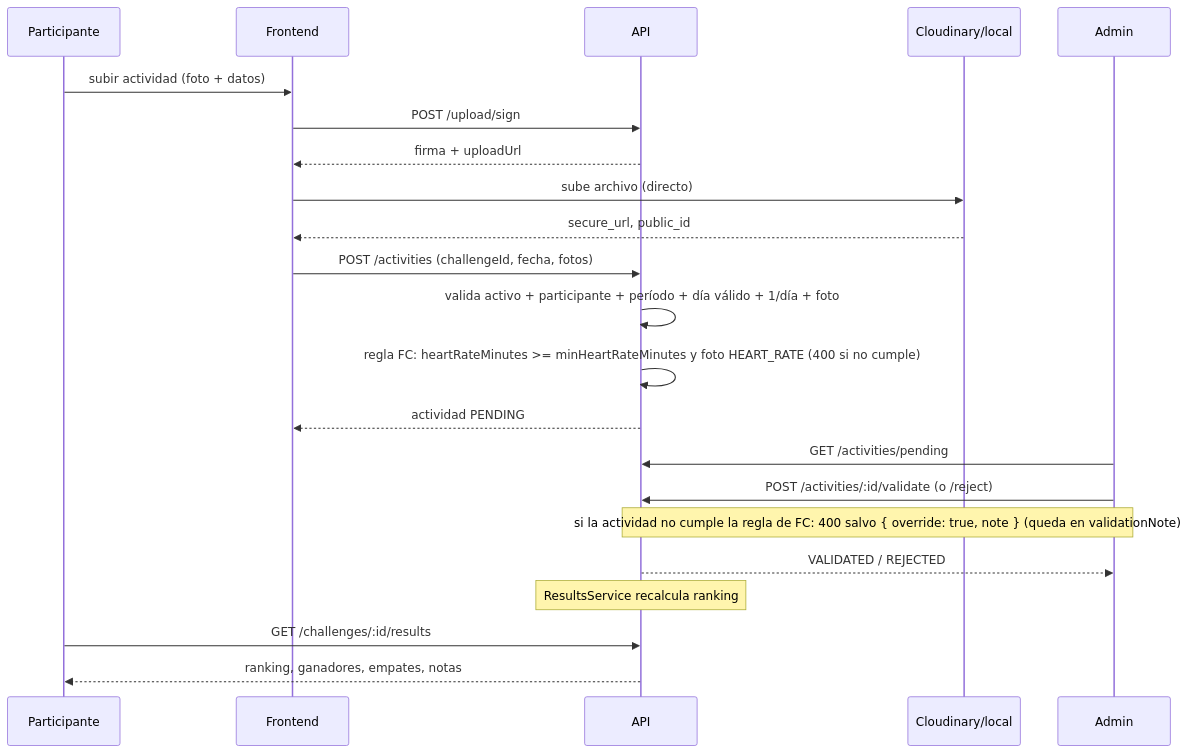
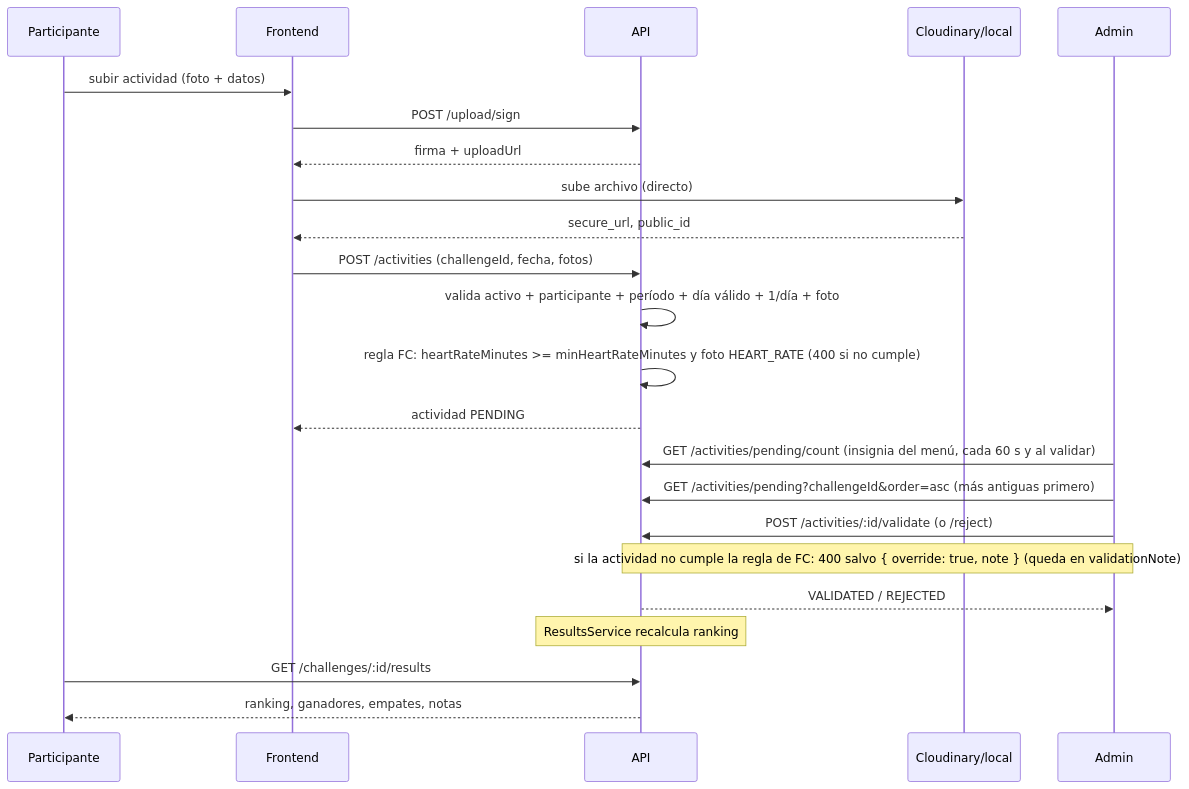
Before and after one commit to Professional-and-Personal-Branding/reto-constancia-mvp: the eighth of 12 diagrams in docs/architecture.md, drawn with Mermaid. The commit also changed other lines of this file and 15 other files, not shown here.

First line of the commit message:
feat(activities): filter and order the validation queue, add pending counter

````diff
--- a/docs/architecture.md
+++ b/docs/architecture.md
@@ -200,27 +200,28 @@
 ```mermaid
 sequenceDiagram
   participant P as Participante
   participant FE as Frontend
   participant API as API
   participant CL as Cloudinary/local
   participant A as Admin
 
   P->>FE: subir actividad (foto + datos)
   FE->>API: POST /upload/sign
   API-->>FE: firma + uploadUrl
   FE->>CL: sube archivo (directo)
   CL-->>FE: secure_url, public_id
   FE->>API: POST /activities (challengeId, fecha, fotos)
   API->>API: valida activo + participante + período + día válido + 1/día + foto
   API->>API: regla FC: heartRateMinutes >= minHeartRateMinutes y foto HEART_RATE (400 si no cumple)
   API-->>FE: actividad PENDING
 
-  A->>API: GET /activities/pending
+  A->>API: GET /activities/pending/count (insignia del menú, cada 60 s y al validar)
+  A->>API: GET /activities/pending?challengeId&order=asc (más antiguas primero)
   A->>API: POST /activities/:id/validate (o /reject)
   Note over A,API: si la actividad no cumple la regla de FC: 400 salvo { override: true, note } (queda en validationNote)
   API-->>A: VALIDATED / REJECTED
 
   Note over API: ResultsService recalcula ranking
   P->>API: GET /challenges/:id/results
   API-->>P: ranking, ganadores, empates, notas
 ```
````
